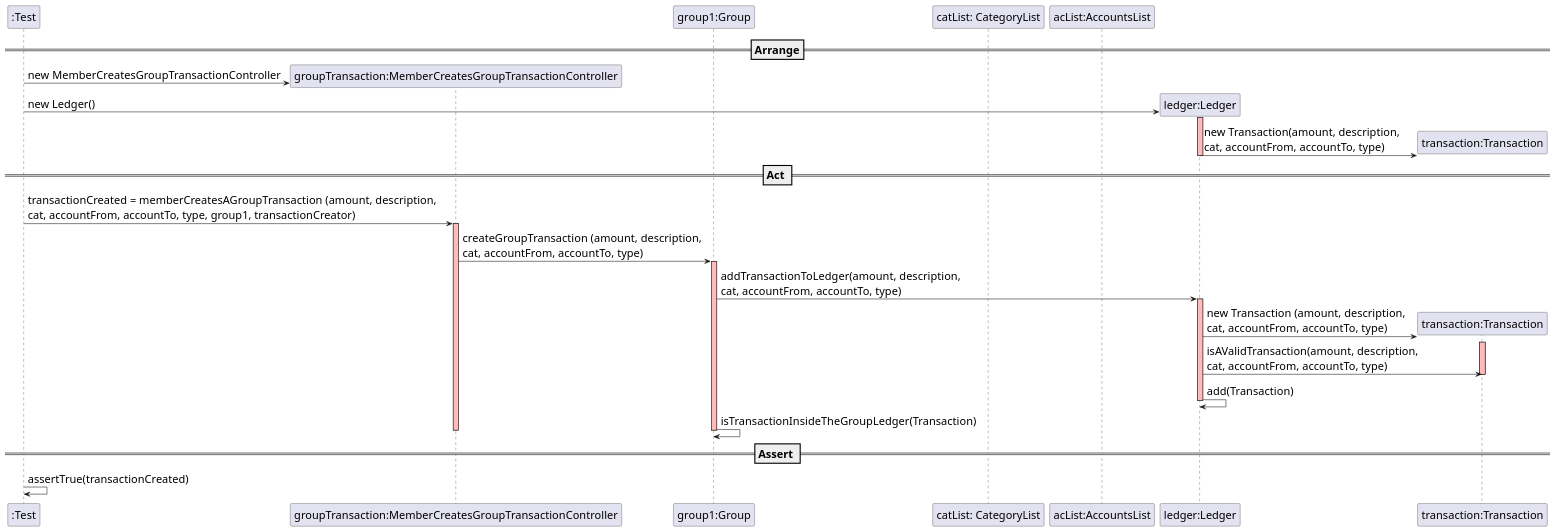
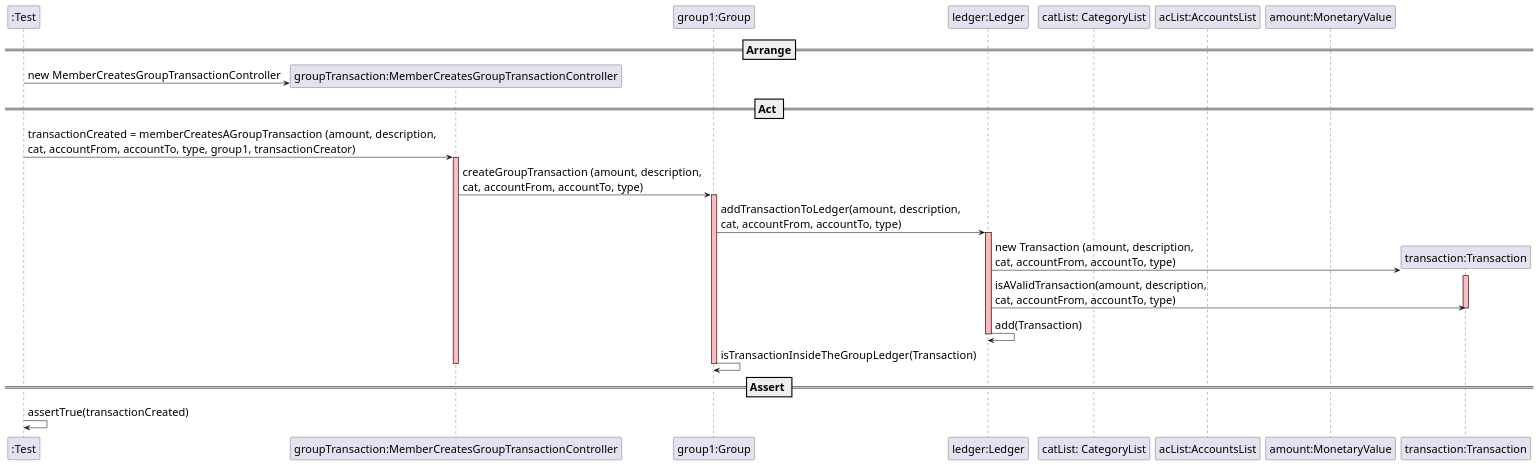
Before and after one commit to mleitaoribeiro/DevOpsMaven: the diagram in docs/SequenceDiagram - US008.1.puml, drawn with PlantUML. The commit also changed 1 other file, not shown here.

```diff
--- a/docs/SequenceDiagram - US008.1.puml
+++ b/docs/SequenceDiagram - US008.1.puml
@@ -1,53 +1,47 @@
 @startuml
 
 skinparam DefaultFontSize 20
 
 create ":Test"
 
 ==Arrange==
 create "groupTransaction:MemberCreatesGroupTransactionController"
 ":Test" -> "groupTransaction:MemberCreatesGroupTransactionController" : new MemberCreatesGroupTransactionController
 
 participant "group1:Group"
+participant "ledger:Ledger"
 participant "catList: CategoryList"
 participant "acList:AccountsList"
-
-create "ledger:Ledger"
-":Test" -> "ledger:Ledger" : new Ledger()
-activate "ledger:Ledger" #FFBBBB
-
-create "transaction:Transaction"
-"ledger:Ledger" -> "transaction:Transaction" : new Transaction(amount, description, \ncat, accountFrom, accountTo, type)
-deactivate "ledger:Ledger" #FFBBBB
+participant "amount:MonetaryValue"
 
 == Act ==
 
 ":Test" -> "groupTransaction:MemberCreatesGroupTransactionController" : transactionCreated = memberCreatesAGroupTransaction (amount, description, \ncat, accountFrom, accountTo, type, group1, transactionCreator)
 activate "groupTransaction:MemberCreatesGroupTransactionController"  #FFBBBB
 
 "groupTransaction:MemberCreatesGroupTransactionController" -> "group1:Group" : createGroupTransaction (amount, description, \ncat, accountFrom, accountTo, type)
 activate "group1:Group"  #FFBBBB
 
 "group1:Group" -> "ledger:Ledger" : addTransactionToLedger(amount, description, \ncat, accountFrom, accountTo, type)
 activate "ledger:Ledger"  #FFBBBB
 
 create "transaction:Transaction"
 "ledger:Ledger" -> "transaction:Transaction" : new Transaction (amount, description, \ncat, accountFrom, accountTo, type)
 activate "transaction:Transaction"  #FFBBBB
 
 "ledger:Ledger" -> "transaction:Transaction" : isAValidTransaction(amount, description, \ncat, accountFrom, accountTo, type)
 deactivate "transaction:Transaction"  #FFBBBB
 
 "ledger:Ledger" -> "ledger:Ledger": add(Transaction)
 deactivate "ledger:Ledger"  #FFBBBB
 
 "group1:Group" -> "group1:Group" : isTransactionInsideTheGroupLedger(Transaction)
 
 deactivate "group1:Group"  #FFBBBB
 deactivate "groupTransaction:MemberCreatesGroupTransactionController" #FFBBBB
 
 == Assert ==
 
 ":Test" -> ":Test" : assertTrue(transactionCreated)
 
 @enduml
```
